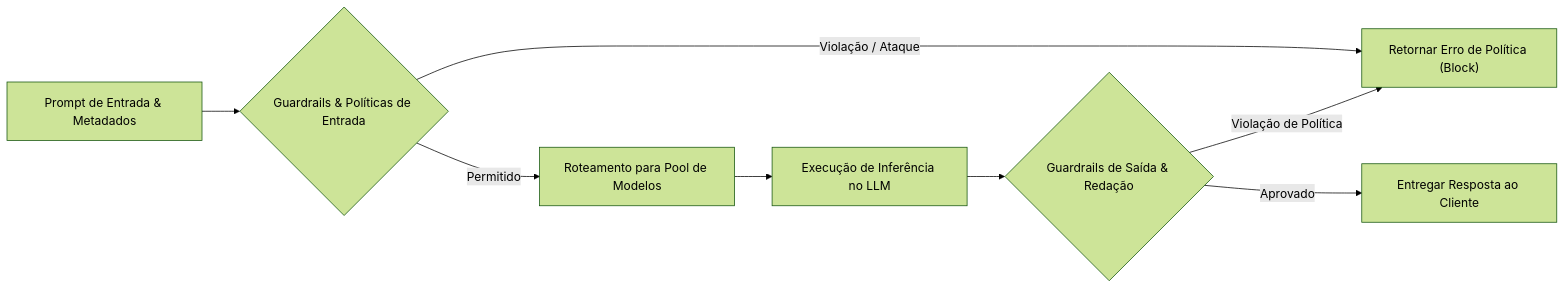
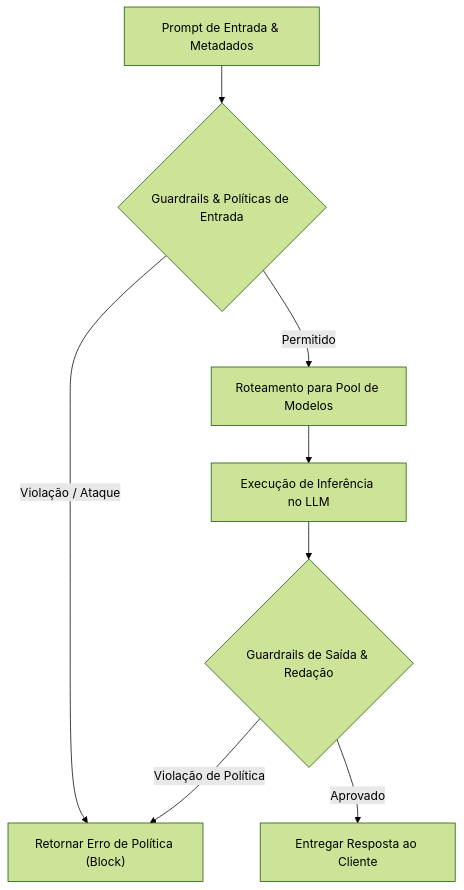
Before and after one commit to marcelomiyake/marcelomiyake.github.io: the diagram in _posts/2026-09-18-ai-gateway-routing-pt-br.markdown, drawn with Mermaid (forest theme). The commit also changed 21 other files, not shown here.

First line of the commit message:
fix(blog): update facts, make diagrams legible, and align translations

````diff
--- a/_posts/2026-09-18-ai-gateway-routing-pt-br.markdown
+++ b/_posts/2026-09-18-ai-gateway-routing-pt-br.markdown
@@ -74,12 +74,12 @@
 ```mermaid
-flowchart LR
+flowchart TD
     accTitle: Pipeline de política e roteamento no AI Gateway
     accDescr: As verificações na entrada bloqueiam requisições proibidas ou direcionam requisições permitidas a um pool de modelos aprovado. As verificações na saída validam a resposta antes da entrega.
     P["Prompt de Entrada & Metadados"] --> G{"Guardrails & Políticas de Entrada"}
     G -- "Violação / Ataque" --> B["Retornar Erro de Política (Block)"]
     G -- "Permitido" --> R["Roteamento para Pool de Modelos"]
     R --> M["Execução de Inferência no LLM"]
     M --> O{"Guardrails de Saída & Redação"}
     O -- "Violação de Política" --> B
     O -- "Aprovado" --> D["Entregar Resposta ao Cliente"]
 ```
````
